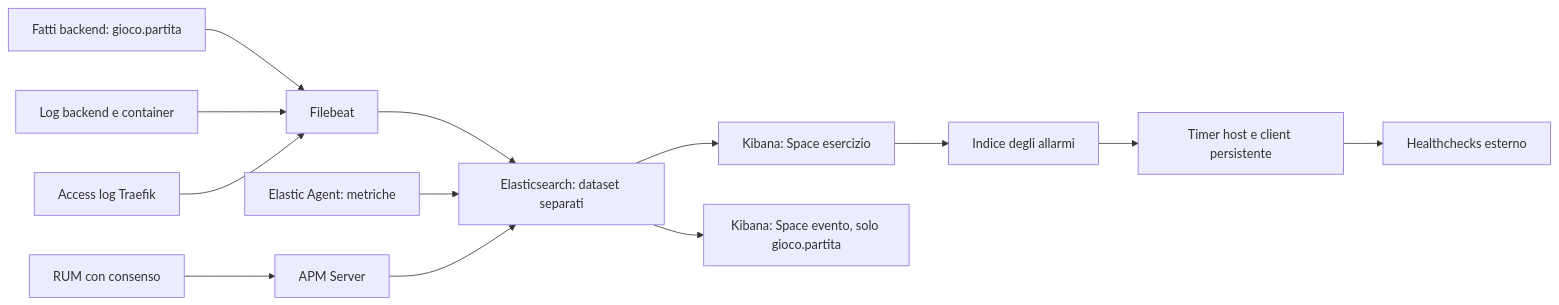
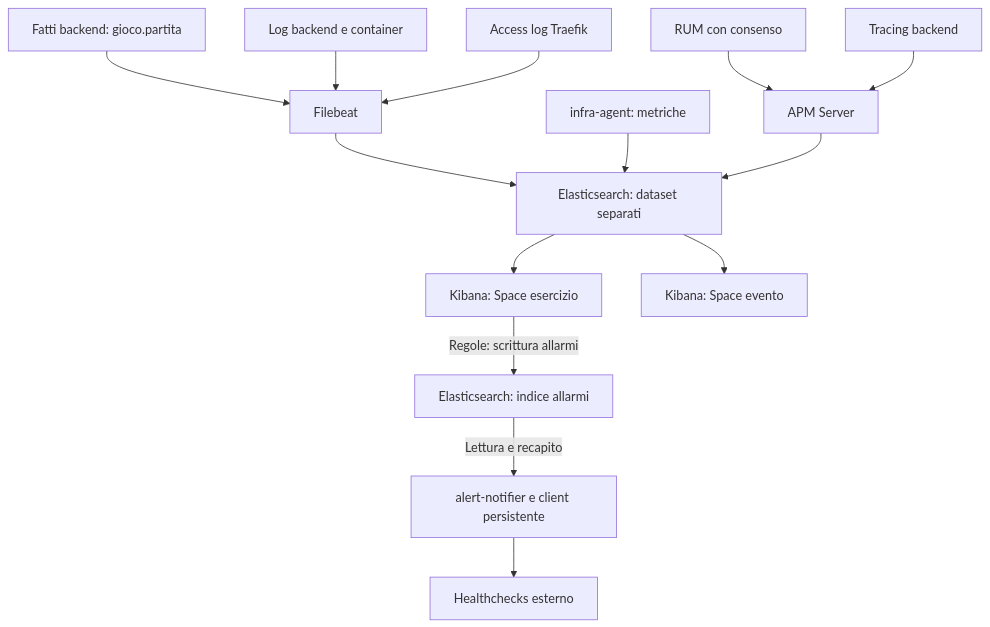
The second of 2 diagrams in docs/ARCHITETTURA.md (subnetMusk/pot-tales), drawn with Mermaid before and after one commit. The commit also changed other lines of this file and 15 other files, not shown here.

````diff
--- a/docs/ARCHITETTURA.md
+++ b/docs/ARCHITETTURA.md
@@ -389,15 +158,16 @@
 ```mermaid
-flowchart LR
+flowchart TB
   game[Fatti backend: gioco.partita] --> fb[Filebeat]
   logs[Log backend e container] --> fb
   access[Access log Traefik] --> fb
   fb --> es[Elasticsearch: dataset separati]
   rum[RUM con consenso] --> apm[APM Server]
-  agent[Elastic Agent: metriche] --> es
+  backend[Tracing backend] --> apm
+  agent[infra-agent: metriche] --> es
   apm --> es
   es --> ops[Kibana: Space esercizio]
-  es --> event[Kibana: Space evento, solo gioco.partita]
-  ops --> alerts[Indice degli allarmi]
-  alerts --> relay[Timer host e client persistente]
+  es --> event[Kibana: Space evento]
+  ops -->|Regole: scrittura allarmi| alerts[Elasticsearch: indice allarmi]
+  alerts -->|Lettura e recapito| relay[alert-notifier e client persistente]
   relay --> hc[Healthchecks esterno]
 ```
````
